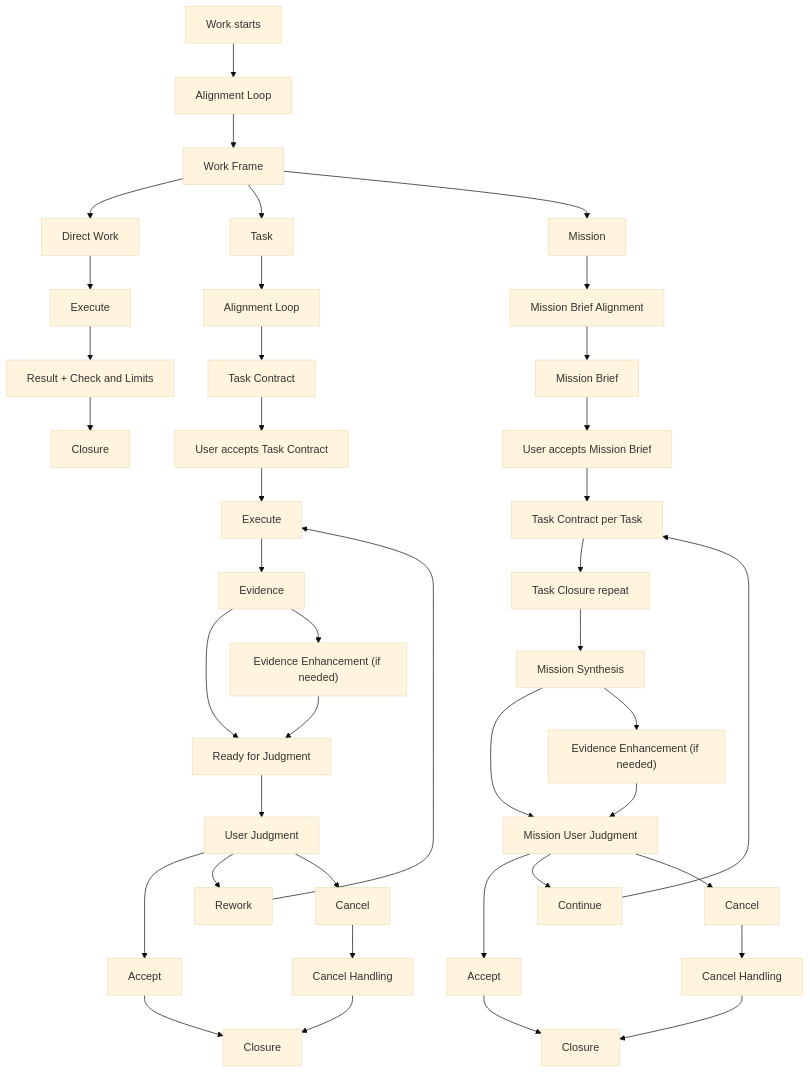
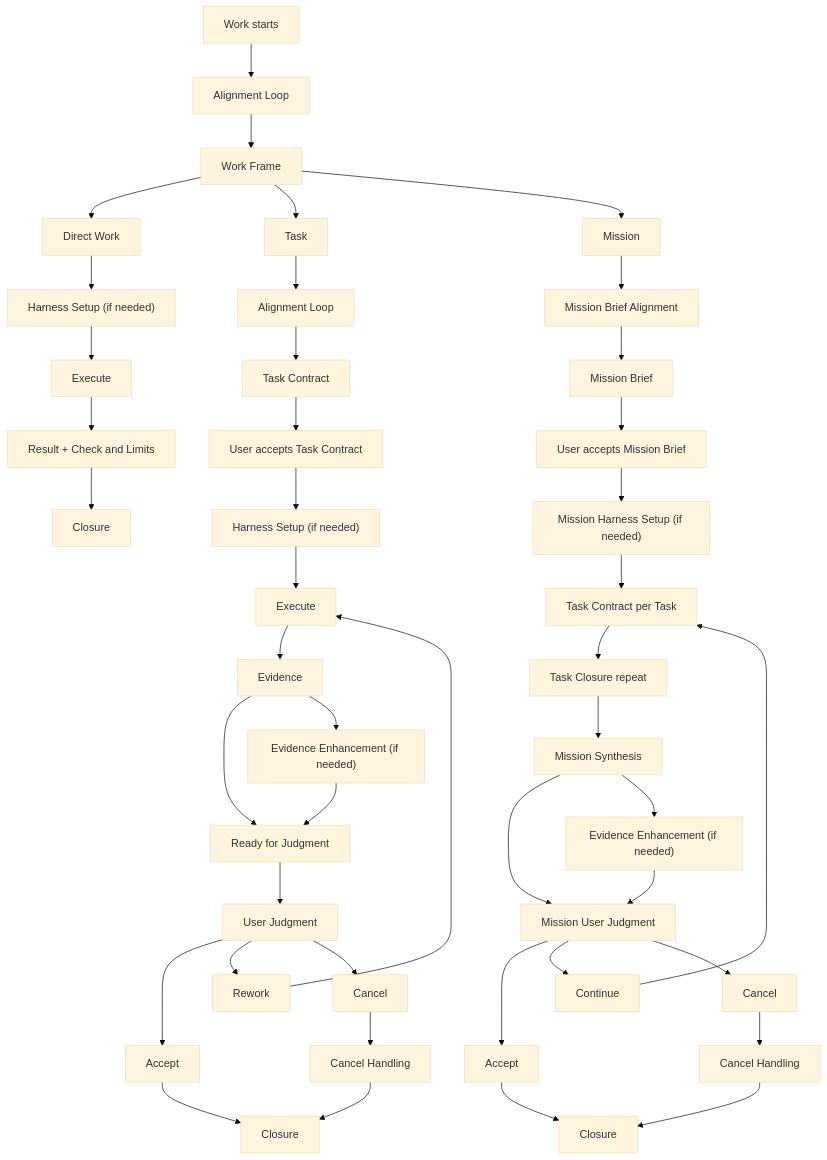
One commit to choam2426/Geas changed the diagram in docs/workflow/index.md. Above: the diagram before and after it, drawn with Mermaid (base theme). The commit also changed other lines of this file and 5 other files, not shown here.

Commit message:
Add harness setup workflow

````diff
--- a/docs/workflow/index.md
+++ b/docs/workflow/index.md
@@ -34,47 +35,50 @@
 ```mermaid
 flowchart TD
   start["Work starts"] --> align["Alignment Loop"]
   align --> frame["Work Frame"]
 
   frame --> direct["Direct Work"]
   frame --> task["Task"]
   frame --> mission["Mission"]
 
-  direct --> directExecute["Execute"]
+  direct --> directHarness["Harness Setup (if needed)"]
+  directHarness --> directExecute["Execute"]
   directExecute --> directResult["Result + Check and Limits"]
   directResult --> directClosure["Closure"]
 
   task --> taskAlign["Alignment Loop"]
   taskAlign --> contract["Task Contract"]
   contract --> contractAccept["User accepts Task Contract"]
-  contractAccept --> taskExecute["Execute"]
+  contractAccept --> taskHarness["Harness Setup (if needed)"]
+  taskHarness --> taskExecute["Execute"]
   taskExecute --> taskEvidence["Evidence"]
   taskEvidence --> taskReady["Ready for Judgment"]
   taskEvidence --> taskEvidenceEnhance["Evidence Enhancement (if needed)"]
   taskEvidenceEnhance --> taskReady
   taskReady --> taskJudgment["User Judgment"]
   taskJudgment --> taskAccept["Accept"]
   taskAccept --> taskClosure["Closure"]
   taskJudgment --> taskRework["Rework"]
   taskJudgment --> taskCancel["Cancel"]
   taskRework --> taskExecute
   taskCancel --> taskCancelHandling["Cancel Handling"]
   taskCancelHandling --> taskClosure
 
   mission --> missionAlign["Mission Brief Alignment"]
   missionAlign --> brief["Mission Brief"]
   brief --> briefAccept["User accepts Mission Brief"]
-  briefAccept --> taskLoop["Task Contract per Task"]
+  briefAccept --> missionHarness["Mission Harness Setup (if needed)"]
+  missionHarness --> taskLoop["Task Contract per Task"]
   taskLoop --> taskRepeat["Task Closure repeat"]
   taskRepeat --> synthesis["Mission Synthesis"]
   synthesis --> missionJudgment["Mission User Judgment"]
   synthesis --> missionEvidenceEnhance["Evidence Enhancement (if needed)"]
   missionEvidenceEnhance --> missionJudgment
   missionJudgment --> missionAccept["Accept"]
   missionAccept --> missionClosure["Closure"]
   missionJudgment --> missionContinue["Continue"]
   missionJudgment --> missionCancel["Cancel"]
   missionContinue --> taskLoop
   missionCancel --> missionCancelHandling["Cancel Handling"]
   missionCancelHandling --> missionClosure
 ```
````
